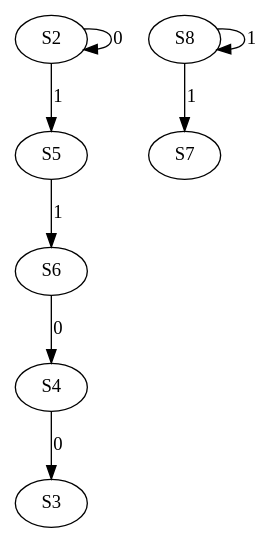
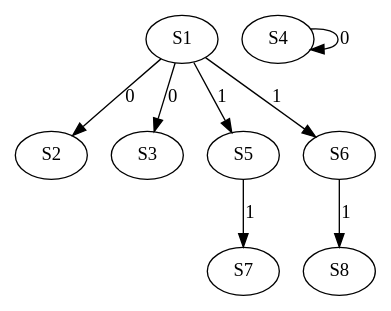
One commit to Kuanhao-Chao/Wheeler_Graph_Toolkit changed the diagram in data/graph/GT_vs_WGT/RandomG/n_8__e_7__l_2.dot. Above: the diagram before and after it, drawn with Graphviz. The commit also changed 11978 other files, not shown here.

Commit message:
Update data/graph/

```diff
--- a/data/graph/GT_vs_WGT/RandomG/n_8__e_7__l_2.dot
+++ b/data/graph/GT_vs_WGT/RandomG/n_8__e_7__l_2.dot
@@ -1,9 +1,9 @@
 strict digraph {
-	S2 -> S2 [ label = 0 ];
-	S4 -> S3 [ label = 0 ];
-	S6 -> S4 [ label = 0 ];
-	S2 -> S5 [ label = 1 ];
-	S5 -> S6 [ label = 1 ];
-	S8 -> S7 [ label = 1 ];
-	S8 -> S8 [ label = 1 ];
+	S1 -> S2 [ label = 0 ];
+	S1 -> S3 [ label = 0 ];
+	S4 -> S4 [ label = 0 ];
+	S1 -> S5 [ label = 1 ];
+	S1 -> S6 [ label = 1 ];
+	S5 -> S7 [ label = 1 ];
+	S6 -> S8 [ label = 1 ];
 }
```
